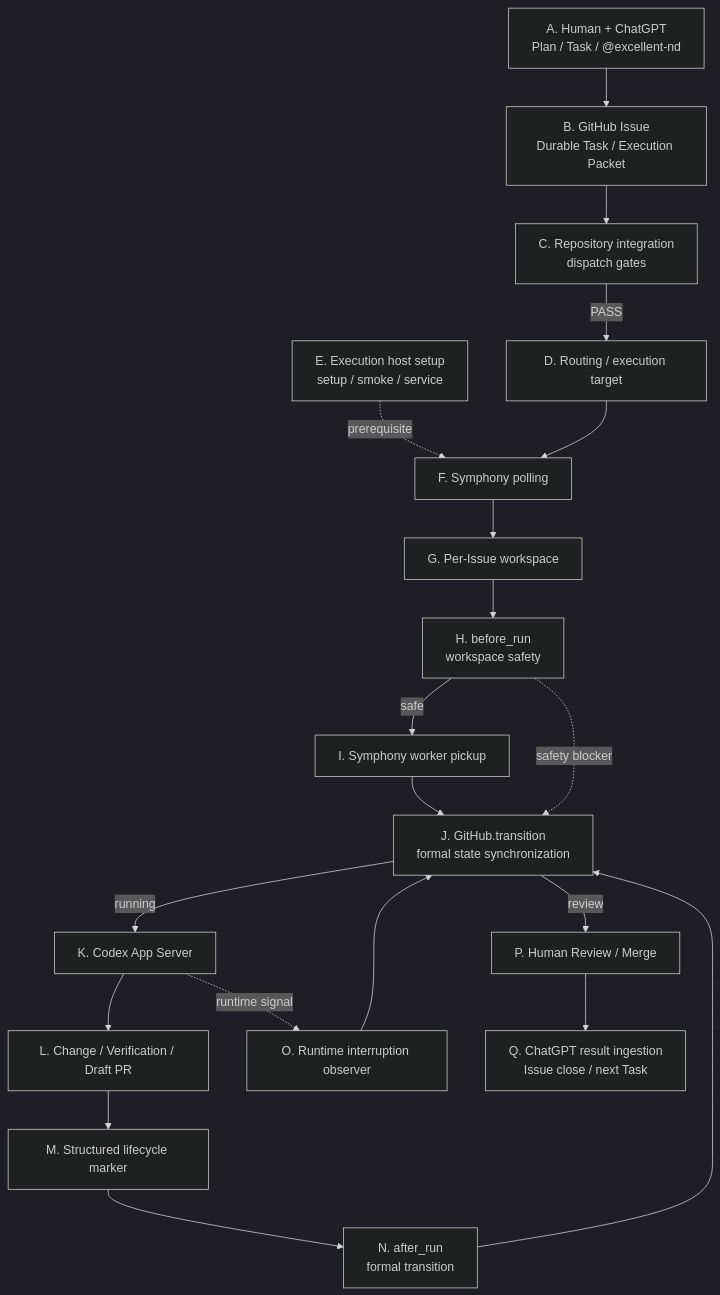
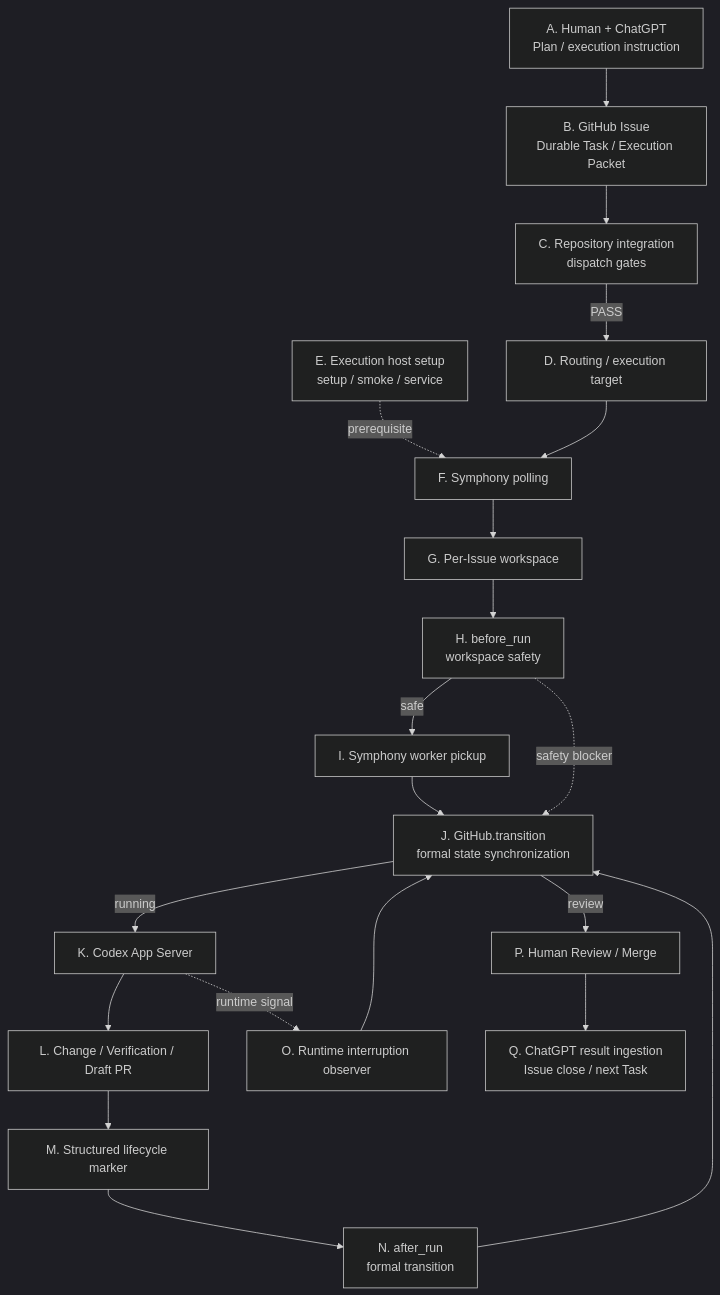
Before and after one commit to excellent-tech/Excellent-Nd: the first of 3 diagrams in docs/runtime-architecture.md, drawn with Mermaid (dark theme). The commit also changed other lines of this file, not shown here.

Commit message:
docs: explain plan continuation runtime semantics

````diff
--- a/docs/runtime-architecture.md
+++ b/docs/runtime-architecture.md
@@ -52,39 +52,39 @@
 ```mermaid
 flowchart TD
-    A["A. Human + ChatGPT<br/>Plan / Task / @excellent-nd"] --> B["B. GitHub Issue<br/>Durable Task / Execution Packet"]
+    A["A. Human + ChatGPT<br/>Plan / execution instruction"] --> B["B. GitHub Issue<br/>Durable Task / Execution Packet"]
     B --> C["C. Repository integration<br/>dispatch gates"]
     C -->|PASS| D["D. Routing / execution target"]
     E["E. Execution host setup<br/>setup / smoke / service"] -. prerequisite .-> F["F. Symphony polling"]
     D --> F
     F --> G["G. Per-Issue workspace"]
     G --> H["H. before_run<br/>workspace safety"]
     H -->|safe| I["I. Symphony worker pickup"]
     I --> J["J. GitHub.transition<br/>formal state synchronization"]
     J -->|running| K["K. Codex App Server"]
     K --> L["L. Change / Verification / Draft PR"]
     L --> M["M. Structured lifecycle marker"]
     M --> N["N. after_run<br/>formal transition"]
     N --> J
     K -. runtime signal .-> O["O. Runtime interruption observer"]
     O --> J
     H -. safety blocker .-> J
     J -->|review| P["P. Human Review / Merge"]
     P --> Q["Q. ChatGPT result ingestion<br/>Issue close / next Task"]
     click A href "https://github.com/excellent-tech/Excellent-Nd/blob/docs/beginner-runtime-guide/docs/runtime-architecture.md#node-a" "Node A details" _top
     click B href "https://github.com/excellent-tech/Excellent-Nd/blob/docs/beginner-runtime-guide/docs/runtime-architecture.md#node-b" "Node B details" _top
     click C href "https://github.com/excellent-tech/Excellent-Nd/blob/docs/beginner-runtime-guide/docs/runtime-architecture.md#node-c" "Node C details" _top
     click D href "https://github.com/excellent-tech/Excellent-Nd/blob/docs/beginner-runtime-guide/docs/runtime-architecture.md#node-d" "Node D details" _top
     click E href "https://github.com/excellent-tech/Excellent-Nd/blob/docs/beginner-runtime-guide/docs/runtime-architecture.md#node-e" "Node E details" _top
     click F href "https://github.com/excellent-tech/Excellent-Nd/blob/docs/beginner-runtime-guide/docs/runtime-architecture.md#node-f" "Node F details" _top
     click G href "https://github.com/excellent-tech/Excellent-Nd/blob/docs/beginner-runtime-guide/docs/runtime-architecture.md#node-g" "Node G details" _top
     click H href "https://github.com/excellent-tech/Excellent-Nd/blob/docs/beginner-runtime-guide/docs/runtime-architecture.md#node-h" "Node H details" _top
     click I href "https://github.com/excellent-tech/Excellent-Nd/blob/docs/beginner-runtime-guide/docs/runtime-architecture.md#node-i" "Node I details" _top
     click J href "https://github.com/excellent-tech/Excellent-Nd/blob/docs/beginner-runtime-guide/docs/runtime-architecture.md#node-j" "Node J details" _top
     click K href "https://github.com/excellent-tech/Excellent-Nd/blob/docs/beginner-runtime-guide/docs/runtime-architecture.md#node-k" "Node K details" _top
     click L href "https://github.com/excellent-tech/Excellent-Nd/blob/docs/beginner-runtime-guide/docs/runtime-architecture.md#node-l" "Node L details" _top
     click M href "https://github.com/excellent-tech/Excellent-Nd/blob/docs/beginner-runtime-guide/docs/runtime-architecture.md#node-m" "Node M details" _top
     click N href "https://github.com/excellent-tech/Excellent-Nd/blob/docs/beginner-runtime-guide/docs/runtime-architecture.md#node-n" "Node N details" _top
     click O href "https://github.com/excellent-tech/Excellent-Nd/blob/docs/beginner-runtime-guide/docs/runtime-architecture.md#node-o" "Node O details" _top
     click P href "https://github.com/excellent-tech/Excellent-Nd/blob/docs/beginner-runtime-guide/docs/runtime-architecture.md#node-p" "Node P details" _top
     click Q href "https://github.com/excellent-tech/Excellent-Nd/blob/docs/beginner-runtime-guide/docs/runtime-architecture.md#node-q" "Node Q details" _top
 ```
````
